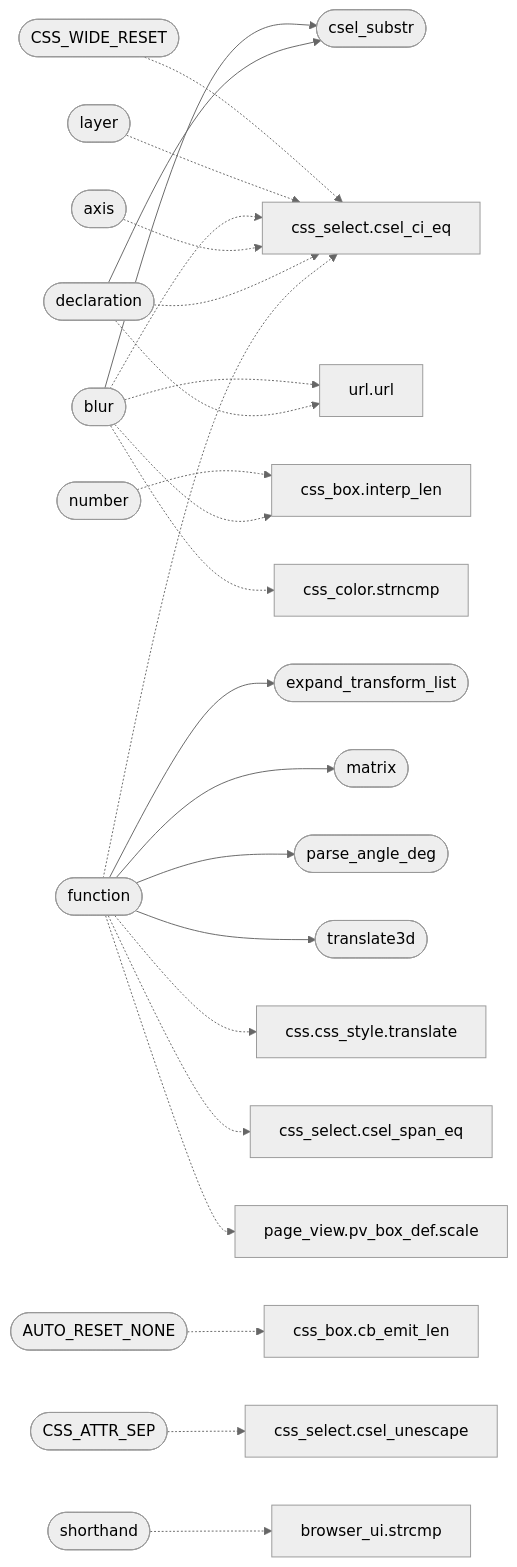
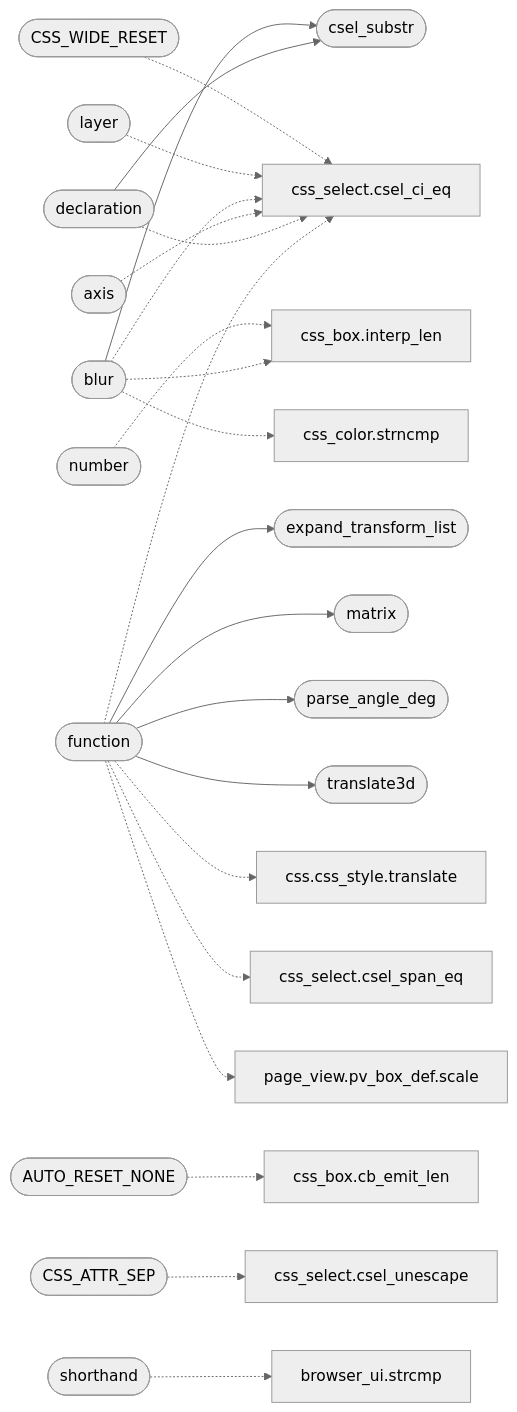
Before and after one commit to grisuno/FreeDom: the second of 2 diagrams in readmenator-apidocs/modules/src.css.c.md, drawn with Mermaid (neutral theme). The commit also changed other lines of this file and 221 other files, not shown here.

````diff
--- a/readmenator-apidocs/modules/src.css.c.md
+++ b/readmenator-apidocs/modules/src.css.c.md
@@ -39,51 +39,48 @@
 ```mermaid
 flowchart LR
     n_src_css_c__blur(["blur"])
     n_src_css_c__csel_substr(["csel_substr"])
     n_src_css_c__declaration(["declaration"])
     n_src_css_c__function(["function"])
     n_src_css_c__expand_transform_list(["expand_transform_list"])
     n_src_css_c__matrix(["matrix"])
     n_src_css_c__parse_angle_deg(["parse_angle_deg"])
     n_src_css_c__translate3d(["translate3d"])
     n_src_css_c__CSS_WIDE_RESET(["CSS_WIDE_RESET"])
     n_include_css_select_h__csel_ci_eq["css_select.csel_ci_eq"]
     n_src_css_c__AUTO_RESET_NONE(["AUTO_RESET_NONE"])
     n_include_css_box_h__cb_emit_len["css_box.cb_emit_len"]
     n_src_css_c__number(["number"])
     n_src_css_box_c__interp_len["css_box.interp_len"]
     n_src_css_c__layer(["layer"])
-    n_include_url_h__url["url.url"]
     n_src_css_color_c__strncmp["css_color.strncmp"]
     n_src_css_c__axis(["axis"])
     n_src_css_c__CSS_ATTR_SEP(["CSS_ATTR_SEP"])
     n_include_css_select_h__csel_unescape["css_select.csel_unescape"]
     n_include_css_h__css_style_translate["css.css_style.translate"]
     n_include_css_select_h__csel_span_eq["css_select.csel_span_eq"]
     n_include_page_view_h__pv_box_def_scale["page_view.pv_box_def.scale"]
     n_src_css_c__shorthand(["shorthand"])
     n_gui_browser_ui_c__strcmp["browser_ui.strcmp"]
     n_src_css_c__blur --> n_src_css_c__csel_substr
     n_src_css_c__declaration --> n_src_css_c__csel_substr
     n_src_css_c__function --> n_src_css_c__expand_transform_list
     n_src_css_c__function --> n_src_css_c__matrix
     n_src_css_c__function --> n_src_css_c__parse_angle_deg
     n_src_css_c__function --> n_src_css_c__translate3d
     n_src_css_c__CSS_WIDE_RESET -.-> n_include_css_select_h__csel_ci_eq
     n_src_css_c__AUTO_RESET_NONE -.-> n_include_css_box_h__cb_emit_len
     n_src_css_c__number -.-> n_src_css_box_c__interp_len
     n_src_css_c__layer -.-> n_include_css_select_h__csel_ci_eq
     n_src_css_c__blur -.-> n_include_css_select_h__csel_ci_eq
-    n_src_css_c__blur -.-> n_include_url_h__url
     n_src_css_c__blur -.-> n_src_css_box_c__interp_len
     n_src_css_c__blur -.-> n_src_css_color_c__strncmp
     n_src_css_c__axis -.-> n_include_css_select_h__csel_ci_eq
     n_src_css_c__CSS_ATTR_SEP -.-> n_include_css_select_h__csel_unescape
     n_src_css_c__declaration -.-> n_include_css_select_h__csel_ci_eq
-    n_src_css_c__declaration -.-> n_include_url_h__url
     n_src_css_c__function -.-> n_include_css_h__css_style_translate
     n_src_css_c__function -.-> n_include_css_select_h__csel_ci_eq
     n_src_css_c__function -.-> n_include_css_select_h__csel_span_eq
     n_src_css_c__function -.-> n_include_page_view_h__pv_box_def_scale
     n_src_css_c__shorthand -.-> n_gui_browser_ui_c__strcmp
 ```
````
